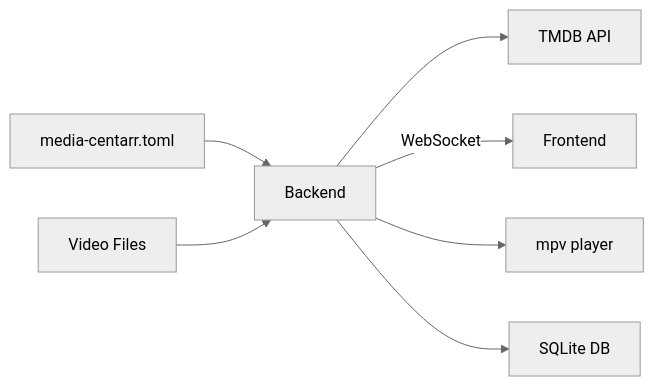
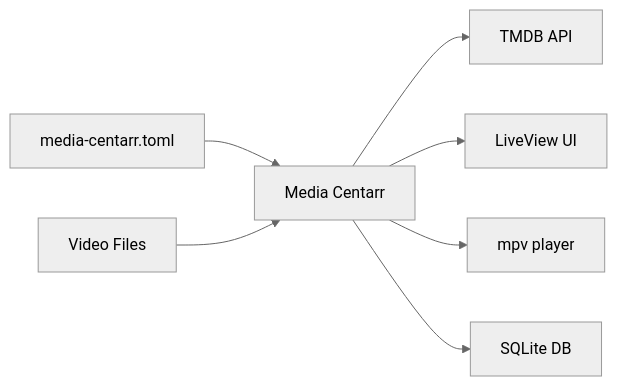
One commit to media-centaur/media-centaur changed the diagram in docs/getting-started.md. Above: the diagram before and after it, drawn with Mermaid (neutral theme). The commit also changed other lines of this file and 28 other files, not shown here.

````diff
--- a/docs/getting-started.md
+++ b/docs/getting-started.md
@@ -188,9 +188,9 @@
 ```mermaid
 graph LR
-    Config["media-centarr.toml"] --> App[Backend]
+    Config["media-centarr.toml"] --> App[Media Centarr]
     Videos["Video Files"] --> App
     App --> TMDB["TMDB API"]
-    App -->|WebSocket| Frontend
+    App --> Browser["LiveView UI"]
     App --> MPV["mpv player"]
     App --> DB["SQLite DB"]
 ```
````
